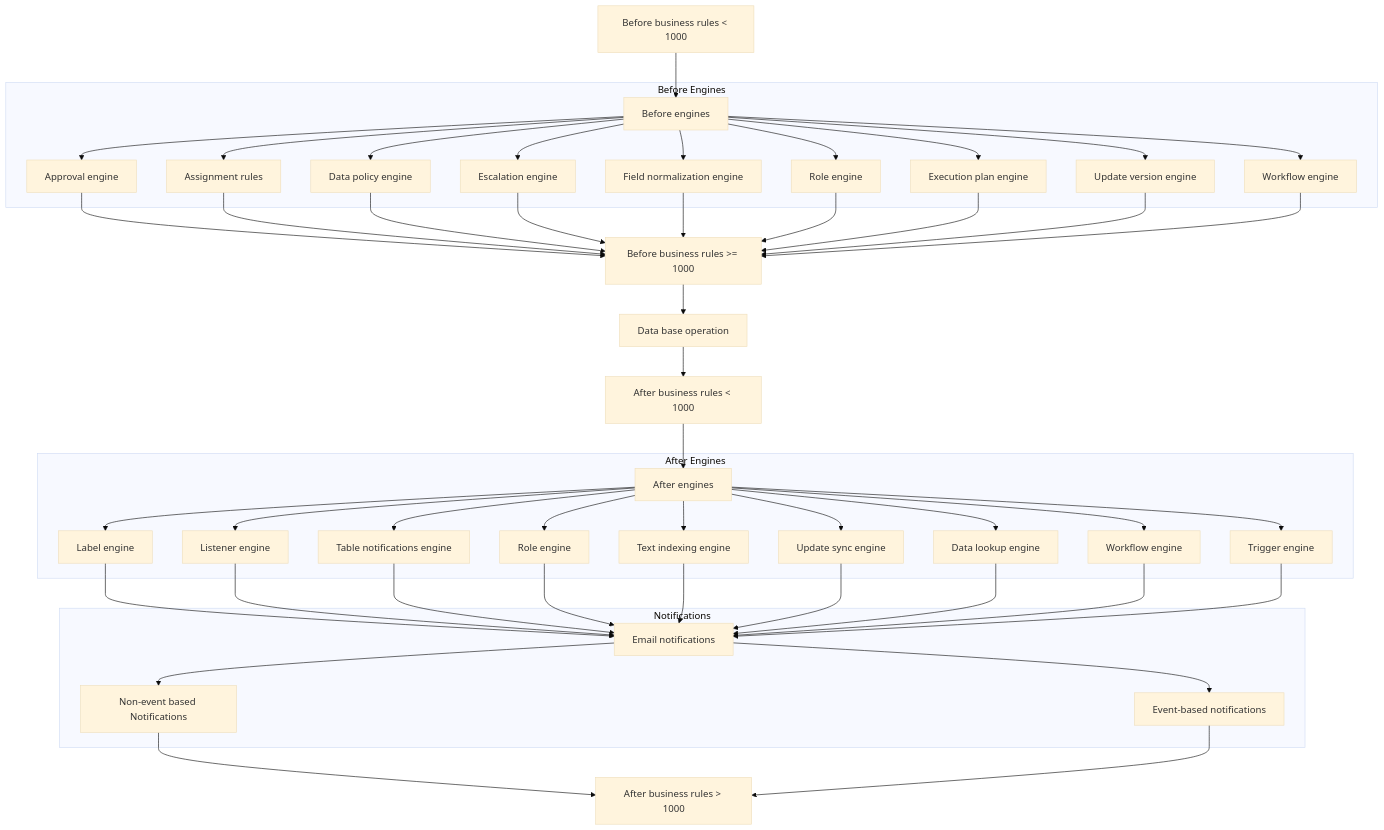
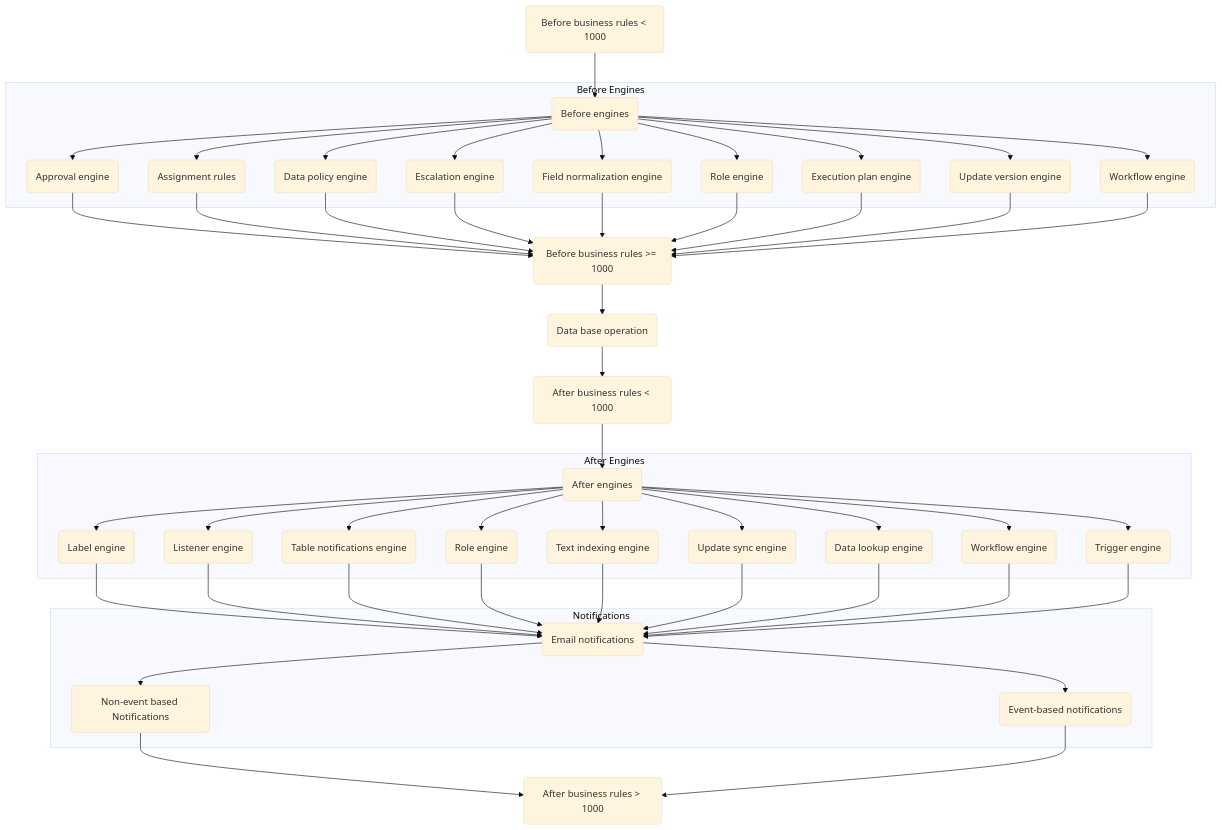
One commit to jacebenson/workflow changed the diagram in public/mmd/BusinessRuleOrderTD.mmd. Above: the diagram before and after it, drawn with Mermaid (base theme). The commit also changed 9 other files, not shown here.

```diff
--- a/public/mmd/BusinessRuleOrderTD.mmd
+++ b/public/mmd/BusinessRuleOrderTD.mmd
@@ -1,80 +1,80 @@
 graph TD
-1[Before business rules < 1000]
-2[Before engines]
-2a[Approval engine]
-2b[Assignment rules]
-2c[Data policy engine]
-2d[Escalation engine]
-2e[Field normalization engine]
-2f[Role engine]
-2g[Execution plan engine]
-2h[Update version engine]
-2i[Workflow engine]
-3[Before business rules >= 1000]
-4[Data base operation]
-5[After business rules < 1000]
-6[After engines]
-6a[Label engine]
-6b[Listener engine]
-6c[Table notifications engine]
-6d[Role engine]
-6e[Text indexing engine]
-6f[Update sync engine]
-6g[Data lookup engine]
-6h[Workflow engine]
-6i[Trigger engine]
-7[Email notifications]
-7a[Non-event based Notifications]
-7b[Event-based notifications]
-8[After business rules > 1000]
+1(Before business rules < 1000)
+2(Before engines)
+2a(Approval engine)
+2b(Assignment rules)
+2c(Data policy engine)
+2d(Escalation engine)
+2e(Field normalization engine)
+2f(Role engine)
+2g(Execution plan engine)
+2h(Update version engine)
+2i(Workflow engine)
+3(Before business rules >= 1000)
+4(Data base operation)
+5(After business rules < 1000)
+6(After engines)
+6a(Label engine)
+6b(Listener engine)
+6c(Table notifications engine)
+6d(Role engine)
+6e(Text indexing engine)
+6f(Update sync engine)
+6g(Data lookup engine)
+6h(Workflow engine)
+6i(Trigger engine)
+7(Email notifications)
+7a(Non-event based Notifications)
+7b(Event-based notifications)
+8(After business rules > 1000)
 
 1 --> 2
 subgraph Before Engines
     2 --> 2a
     2 --> 2b
     2 --> 2c
     2 --> 2d
     2 --> 2e
     2 --> 2f
     2 --> 2g
     2 --> 2h
     2 --> 2i
 end
 2a --> 3
 2b --> 3
 2c --> 3
 2d --> 3
 2e --> 3
 2f --> 3
 2g --> 3
 2h --> 3
 2i --> 3
 3 --> 4
 4 --> 5
 5 --> 6
 subgraph After Engines
     6 --> 6a
     6 --> 6b
     6 --> 6c
     6 --> 6d
     6 --> 6e
     6 --> 6f
     6 --> 6g
     6 --> 6h
     6 --> 6i
 end
 6a --> 7
 6b --> 7
 6c --> 7
 6d --> 7
 6e --> 7
 6f --> 7
 6g --> 7
 6h --> 7
 6i --> 7
 subgraph Notifications
     7 --> 7a
     7 --> 7b
 end
 7a --> 8
 7b --> 8
```
